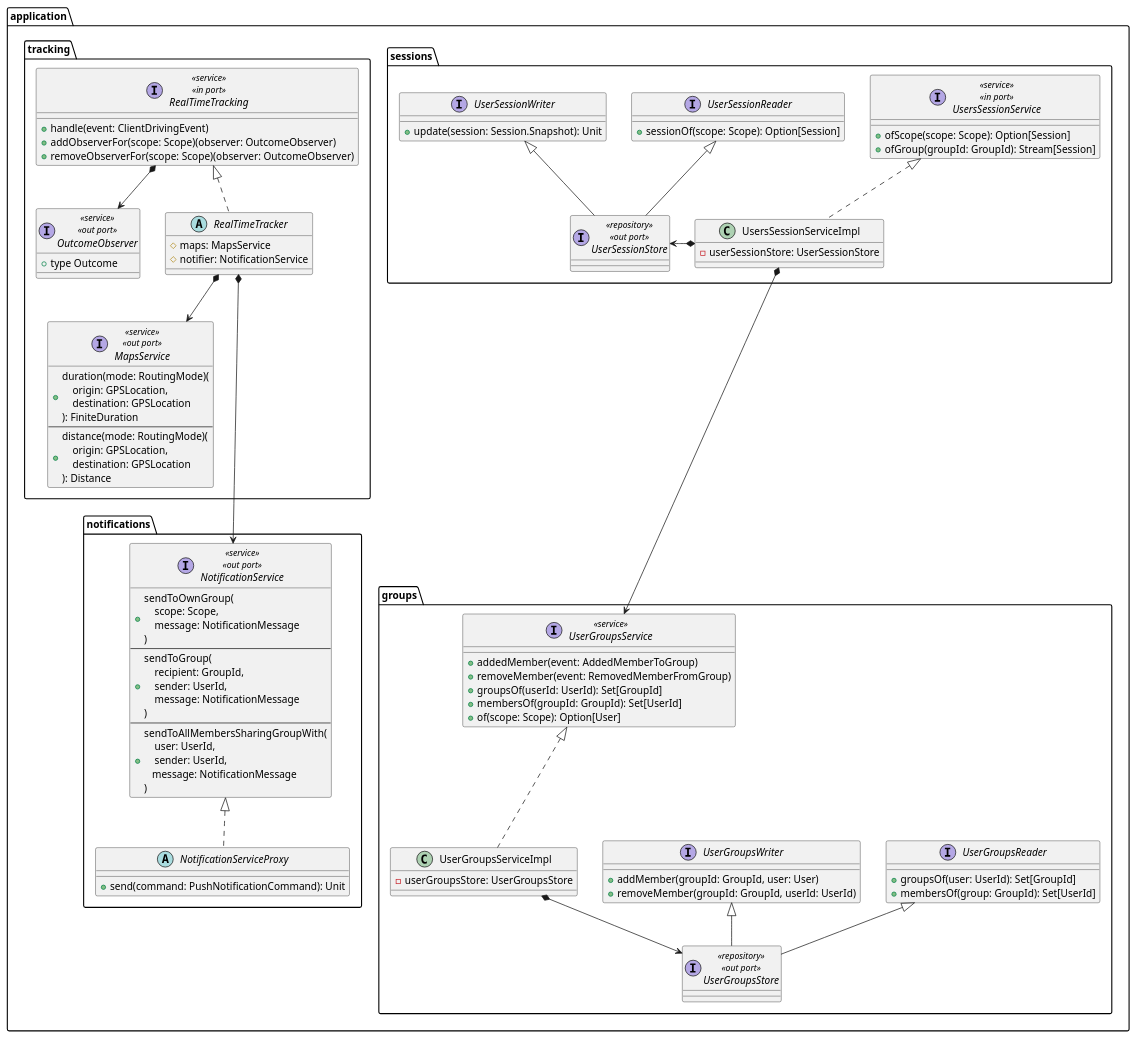
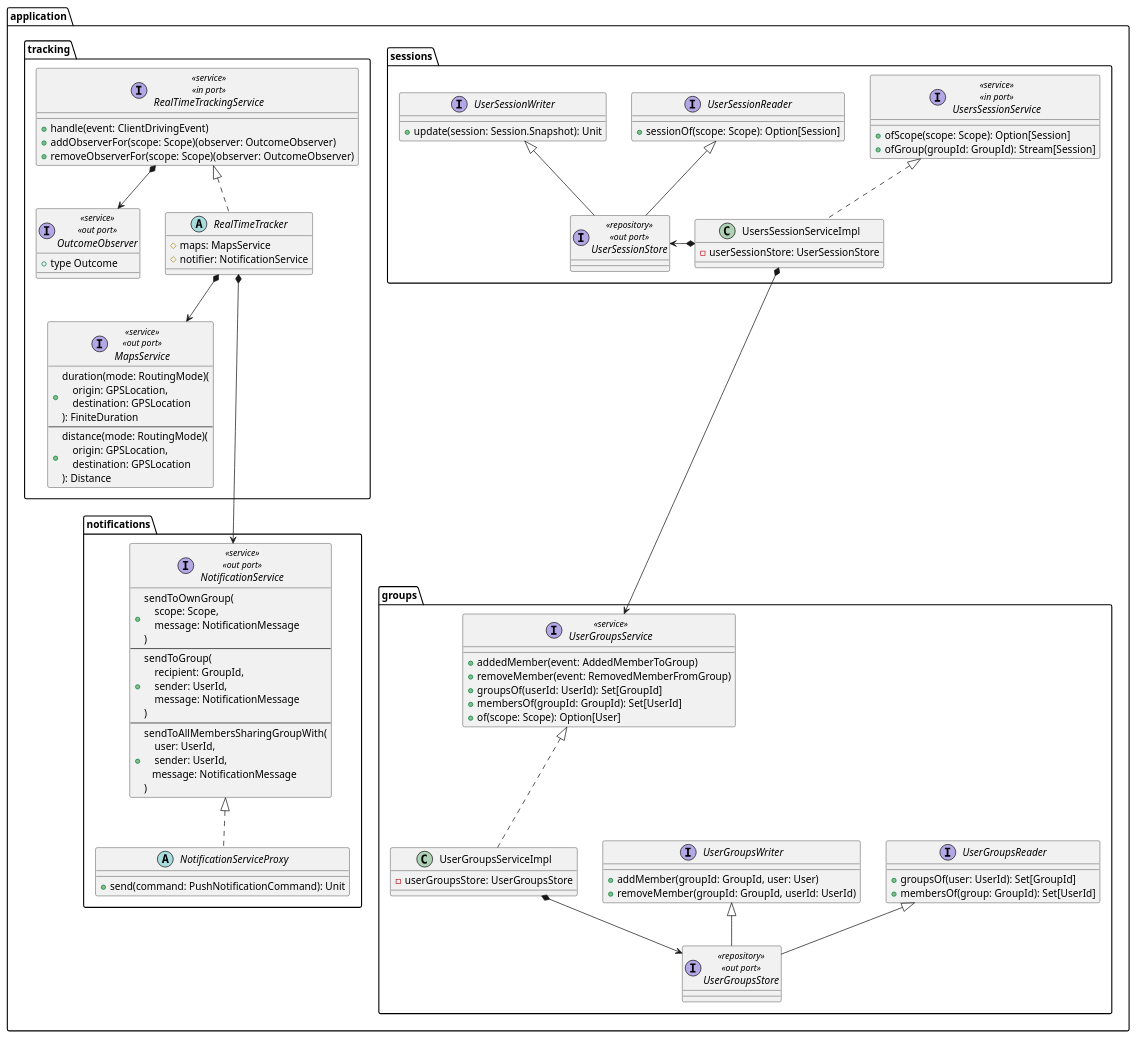
Before and after one commit to position-pal/Documentation: the second of 4 diagrams in content/docs/4-detailed-design/2-location-service.md, drawn with PlantUML. The commit also changed other lines of this file and 4 other files, not shown here.

Commit message:
more schemas

```diff
--- a/content/docs/4-detailed-design/2-location-service.md
+++ b/content/docs/4-detailed-design/2-location-service.md
@@ -255,14 +255,14 @@
             + type Outcome
         }
 
-        interface RealTimeTracking <<service>> <<in port>> {
+        interface RealTimeTrackingService <<service>> <<in port>> {
             + handle(event: ClientDrivingEvent)
             + addObserverFor(scope: Scope)(observer: OutcomeObserver)
             + removeObserverFor(scope: Scope)(observer: OutcomeObserver)
         }
-        RealTimeTracking *--> OutcomeObserver
+        RealTimeTrackingService *--> OutcomeObserver
 
-        abstract class RealTimeTracker implements RealTimeTracking {
+        abstract class RealTimeTracker implements RealTimeTrackingService {
             # maps: MapsService
             # notifier: NotificationService
         }
```
